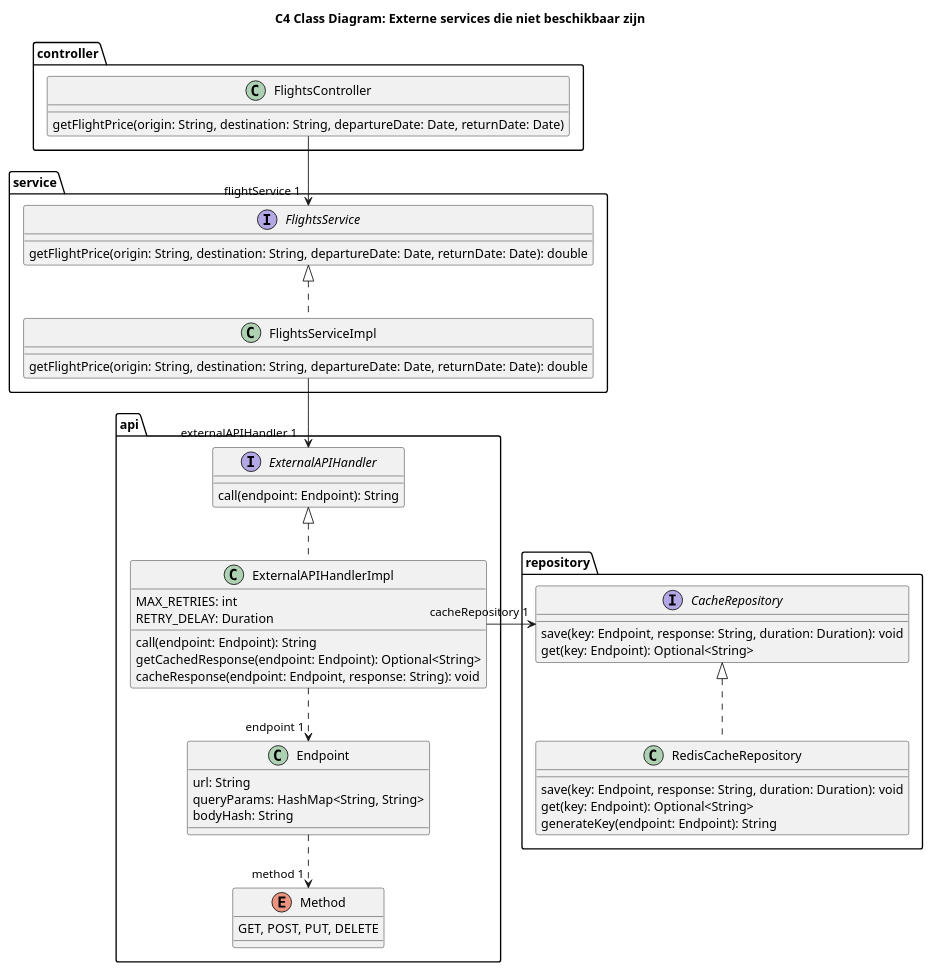
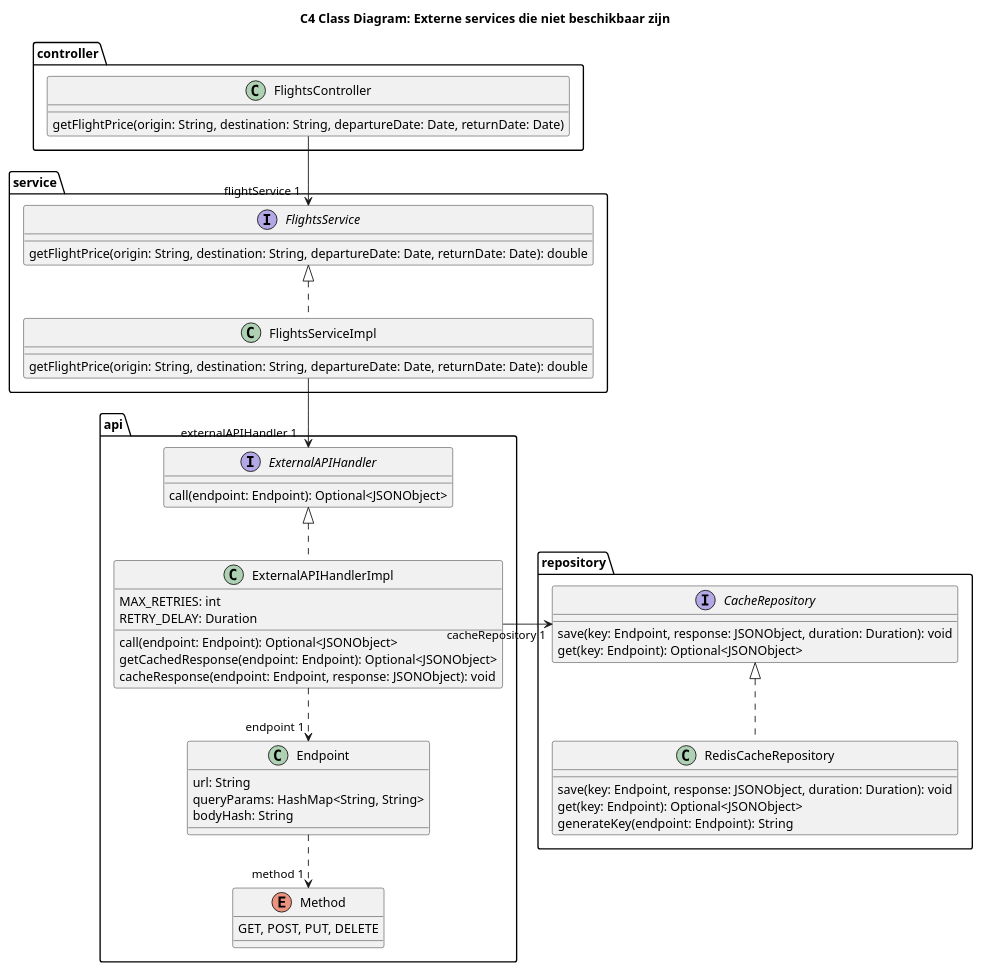
One commit to AIM-ENE-feb25/triptop-groep-4-jochem-roald-stijn-a changed the diagram in software-guidebook/sgb-bestanden/ontwerpvragen/Fault Tolerance - class diagram.puml. Above: the diagram before and after it, drawn with PlantUML. The commit also changed 2 other files, not shown here.

Commit message:
String response vervangen met JSONObject

```diff
--- a/software-guidebook/sgb-bestanden/ontwerpvragen/Fault Tolerance - class diagram.puml
+++ b/software-guidebook/sgb-bestanden/ontwerpvragen/Fault Tolerance - class diagram.puml
@@ -1,71 +1,71 @@
 @startuml
 title C4 Class Diagram: Externe services die niet beschikbaar zijn
 
 'hide circle
 'skinparam linetype ortho
 
 top to bottom direction
 
 package "controller" {
     class FlightsController {
         getFlightPrice(origin: String, destination: String, departureDate: Date, returnDate: Date)
     }
 }
 
 package "service" {
     interface FlightsService {
         getFlightPrice(origin: String, destination: String, departureDate: Date, returnDate: Date): double
     }
 
     class FlightsServiceImpl {
         getFlightPrice(origin: String, destination: String, departureDate: Date, returnDate: Date): double
     }
 }
 
 package "api" {
     interface ExternalAPIHandler {
-        call(endpoint: Endpoint): String
+        call(endpoint: Endpoint): Optional<JSONObject>
     }
 
     class ExternalAPIHandlerImpl {
         MAX_RETRIES: int
         RETRY_DELAY: Duration
-        call(endpoint: Endpoint): String
-        getCachedResponse(endpoint: Endpoint): Optional<String>
-        cacheResponse(endpoint: Endpoint, response: String): void
+        call(endpoint: Endpoint): Optional<JSONObject>
+        getCachedResponse(endpoint: Endpoint): Optional<JSONObject>
+        cacheResponse(endpoint: Endpoint, response: JSONObject): void
     }
 
     class Endpoint {
         url: String
         queryParams: HashMap<String, String>
         bodyHash: String
     }
 
     enum Method {
         GET, POST, PUT, DELETE
     }
 }
 
 package "repository" {
     interface CacheRepository {
-        save(key: Endpoint, response: String, duration: Duration): void
-        get(key: Endpoint): Optional<String>
+        save(key: Endpoint, response: JSONObject, duration: Duration): void
+        get(key: Endpoint): Optional<JSONObject>
     }
 
     class RedisCacheRepository {
-        save(key: Endpoint, response: String, duration: Duration): void
-        get(key: Endpoint): Optional<String>
+        save(key: Endpoint, response: JSONObject, duration: Duration): void
+        get(key: Endpoint): Optional<JSONObject>
         generateKey(endpoint: Endpoint): String
     }
 }
 
 FlightsController --> "flightService 1" FlightsService
 FlightsServiceImpl .u.|> FlightsService
 FlightsServiceImpl --> "externalAPIHandler 1" ExternalAPIHandler
 ExternalAPIHandlerImpl .u.|> ExternalAPIHandler
 ExternalAPIHandlerImpl -r-> "cacheRepository 1" CacheRepository
 RedisCacheRepository .u.|> CacheRepository
 ExternalAPIHandlerImpl ..> "endpoint 1" Endpoint
 Endpoint ..> "method 1" Method
 
 @enduml
```
